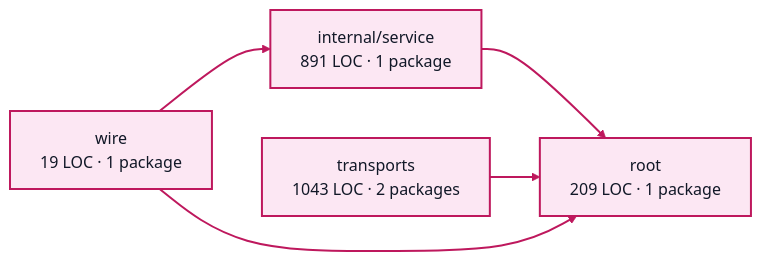
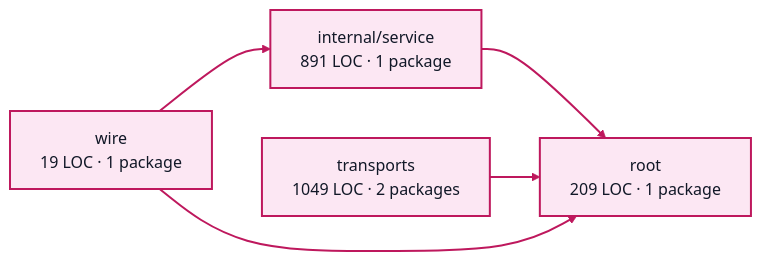
One commit to portpowered/you-agent-factory changed the diagram in docs/architecture/visualizations/services/costs.md. Above: the diagram before and after it, drawn with Mermaid. The commit also changed other lines of this file and 20 other files, not shown here.

Commit message:
docs: refresh backend architecture visualizations

````diff
--- a/docs/architecture/visualizations/services/costs.md
+++ b/docs/architecture/visualizations/services/costs.md
@@ -11,16 +11,16 @@
 ```mermaid
 flowchart LR
   p0["internal/service<br/>891 LOC · 1 package"]
   p1["root<br/>209 LOC · 1 package"]
-  p2["transports<br/>1043 LOC · 2 packages"]
+  p2["transports<br/>1049 LOC · 2 packages"]
   p3["wire<br/>19 LOC · 1 package"]
   p0 --> p1
   p2 --> p1
   p3 --> p0
   p3 --> p1
   style p0 fill:#fce7f3,stroke:#be185d,stroke-width:2px,color:#111827
   style p1 fill:#fce7f3,stroke:#be185d,stroke-width:2px,color:#111827
   style p2 fill:#fce7f3,stroke:#be185d,stroke-width:2px,color:#111827
   style p3 fill:#fce7f3,stroke:#be185d,stroke-width:2px,color:#111827
   linkStyle default stroke:#be185d,stroke-width:2px
 ```
````
